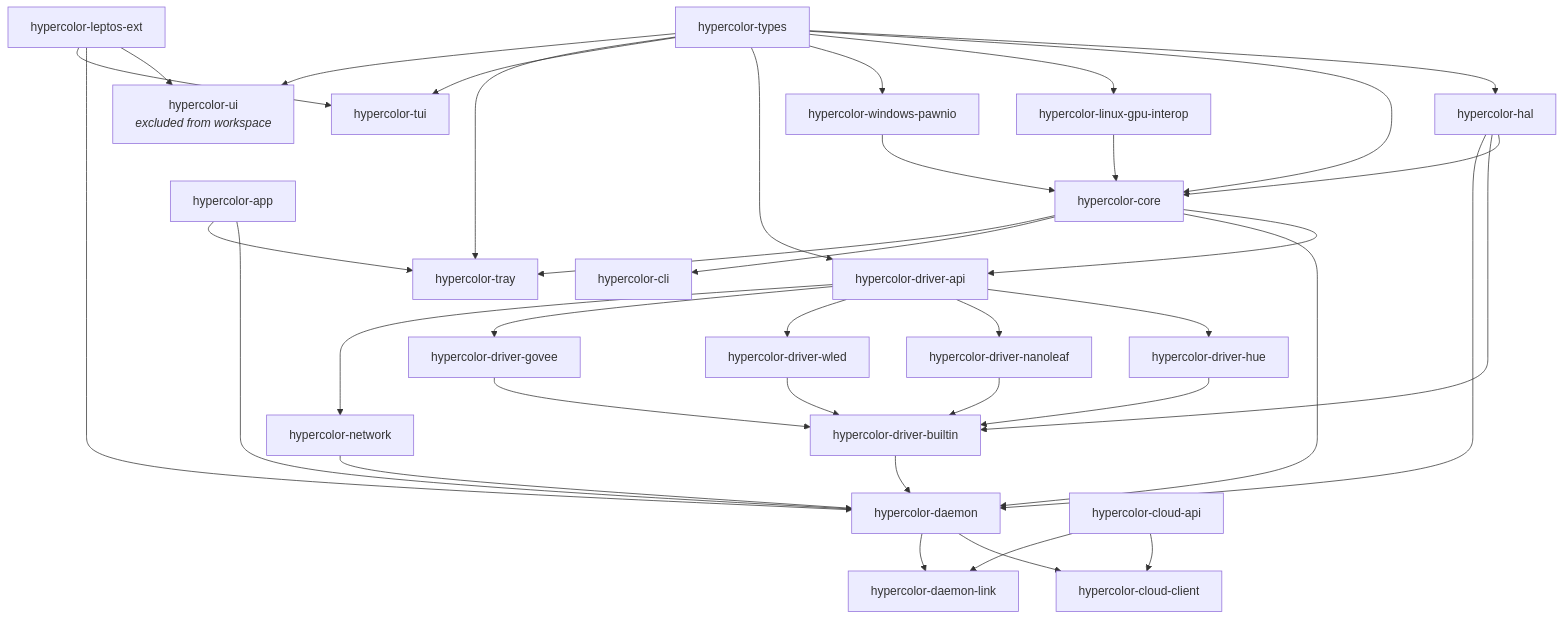
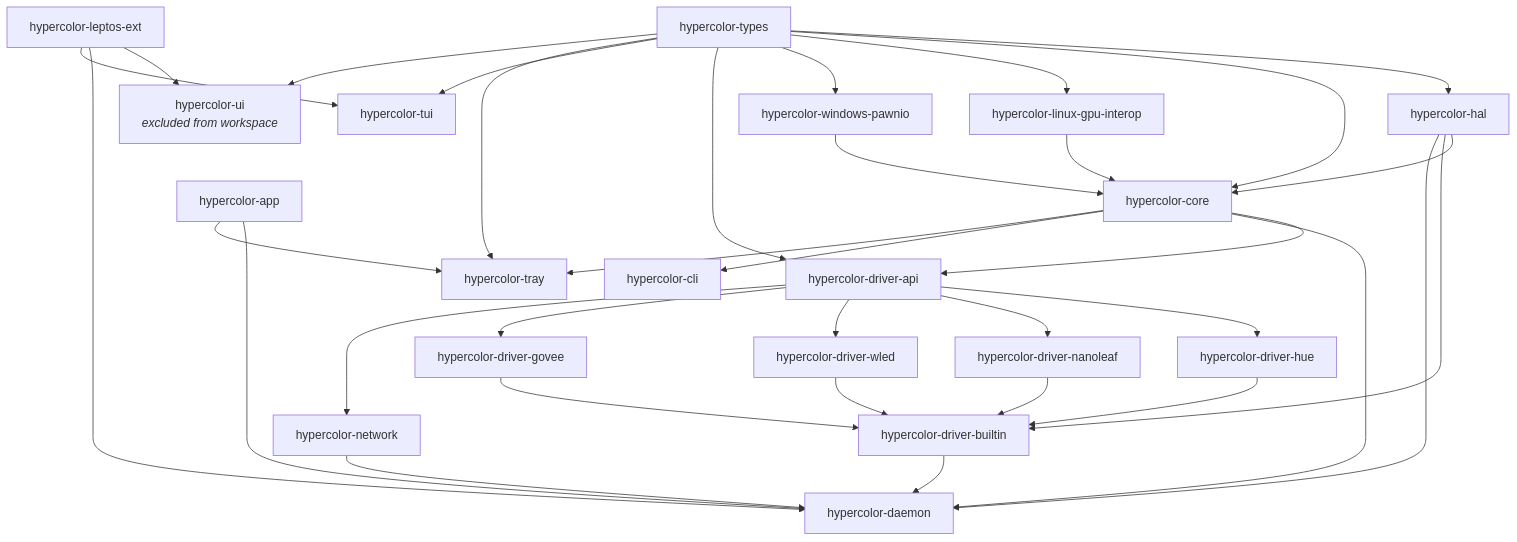
Before and after one commit to hyperb1iss/hypercolor: the diagram in AGENTS.md, drawn with Mermaid. The commit also changed other lines of this file and 72 other files, not shown here.

````diff
--- a/AGENTS.md
+++ b/AGENTS.md
@@ -83,27 +80,24 @@
 ```mermaid
 graph TD
     T[hypercolor-types] --> HAL[hypercolor-hal]
     T --> CORE[hypercolor-core]
     T --> LGI[hypercolor-linux-gpu-interop]
     T --> WPI[hypercolor-windows-pawnio]
     HAL --> CORE
     LGI --> CORE
     WPI --> CORE
     T & CORE --> DAPI[hypercolor-driver-api]
     DAPI --> HUE[hypercolor-driver-hue]
     DAPI --> NL[hypercolor-driver-nanoleaf]
     DAPI --> WLED[hypercolor-driver-wled]
     DAPI --> GV[hypercolor-driver-govee]
     DAPI --> NET[hypercolor-network]
     HAL & HUE & NL & WLED & GV --> DB[hypercolor-driver-builtin]
     CORE & HAL & DB & NET --> D[hypercolor-daemon]
     CORE --> CLI[hypercolor-cli]
     T --> TUI[hypercolor-tui]
     CORE & T --> TRAY[hypercolor-tray]
-    CAPI[hypercolor-cloud-api] --> CC[hypercolor-cloud-client]
-    CAPI --> DL[hypercolor-daemon-link]
-    D --> CC & DL
     APP[hypercolor-app] --> D & TRAY
     T --> UI[hypercolor-ui<br><i>excluded from workspace</i>]
     LE[hypercolor-leptos-ext] --> UI & D & TUI
 ```
````
